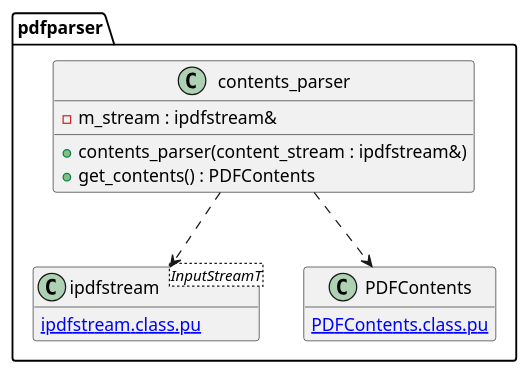
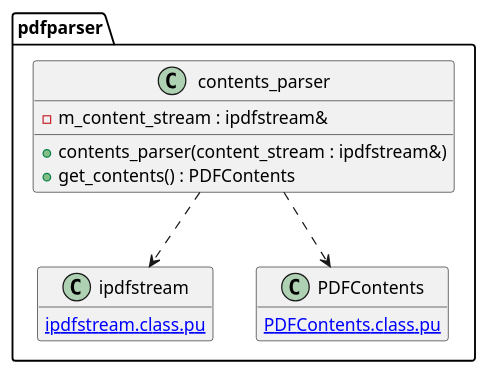
Before and after one commit to KodaiYM/PDFReader: the diagram in document/document_reader/page_tree_parser/page_parser/contents_parser/contents_parser.class.pu, drawn with PlantUML. The commit also changed 11 other files, not shown here.

```diff
--- a/document/document_reader/page_tree_parser/page_parser/contents_parser/contents_parser.class.pu
+++ b/document/document_reader/page_tree_parser/page_parser/contents_parser/contents_parser.class.pu
@@ -1,19 +1,19 @@
 @startuml contents_parser
 hide empty members
 namespace pdfparser {
 class contents_parser {
-	-m_stream : ipdfstream&
+	-m_content_stream : ipdfstream&
 
 	+contents_parser(content_stream : ipdfstream&)
 	+get_contents() : PDFContents
 }
 contents_parser ..> ipdfstream
 contents_parser ..> PDFContents
 
-class ipdfstream<InputStreamT> {
+class ipdfstream {
 	[[ipdfstream.class.pu]]
 }
 class PDFContents {
 	[[PDFContents.class.pu]]
 }
 @enduml
```
